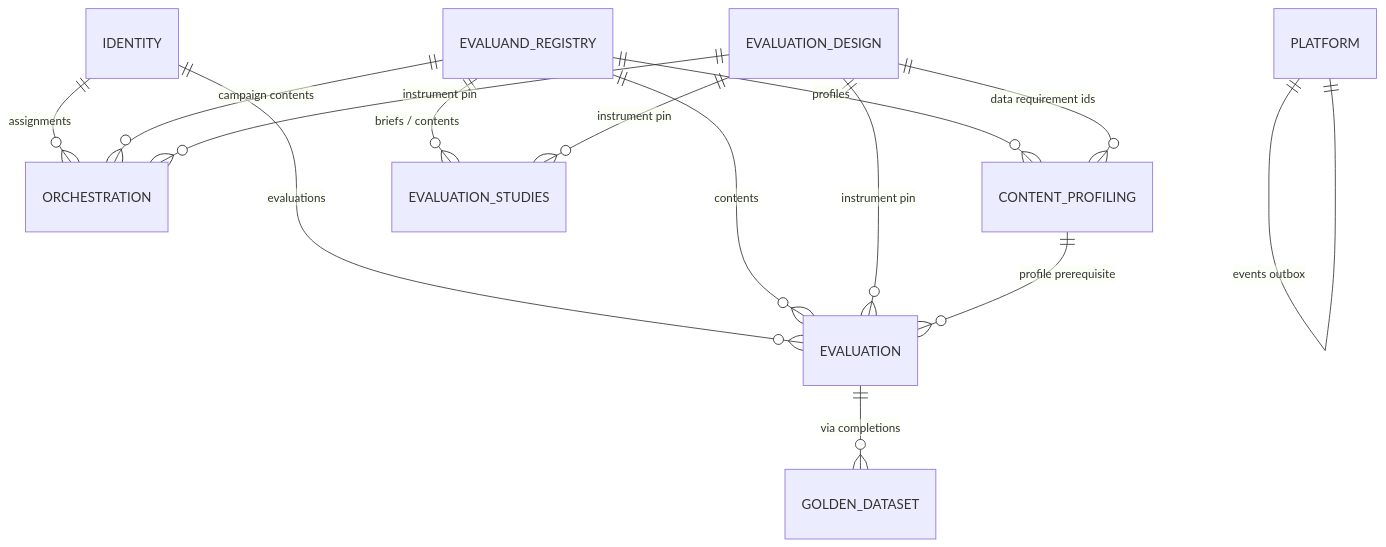
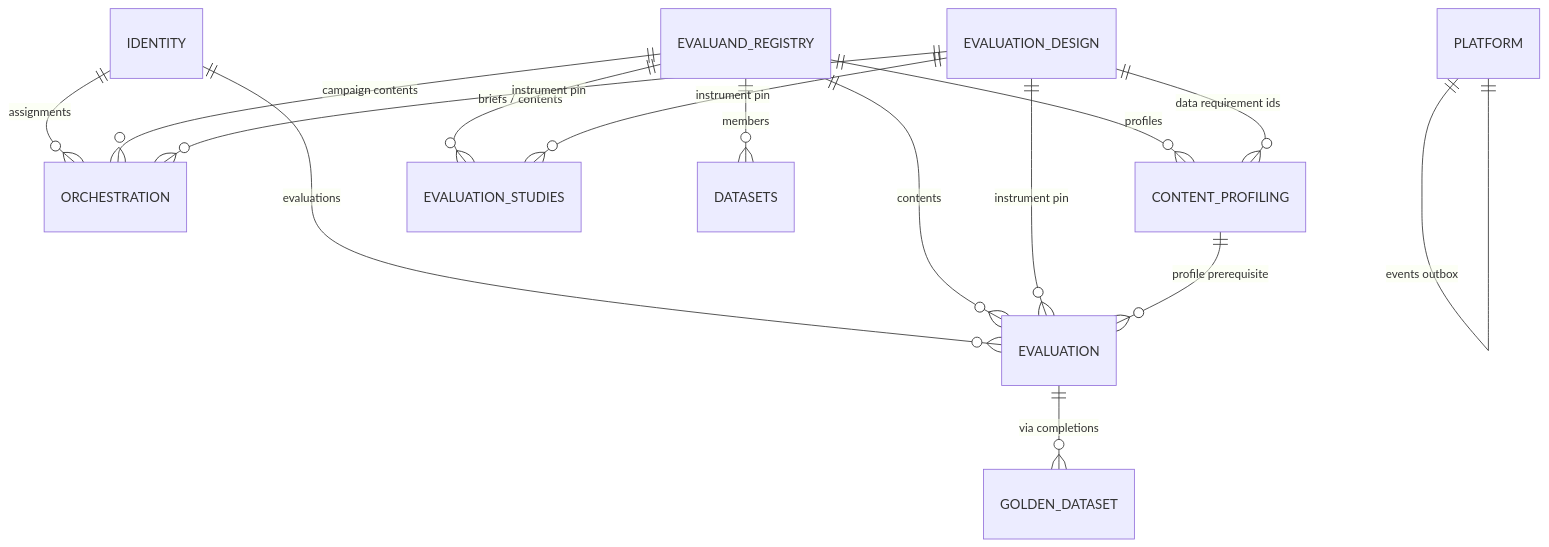
The first of 11 diagrams in docs/DATA_MODEL.md (learnpack/learnpack-evals-v2), drawn with Mermaid before and after one commit. The commit also changed other lines of this file and 18 other files, not shown here.

````diff
--- a/docs/DATA_MODEL.md
+++ b/docs/DATA_MODEL.md
@@ -15,16 +15,17 @@
 ```mermaid
 erDiagram
     IDENTITY ||--o{ ORCHESTRATION : "assignments"
     IDENTITY ||--o{ EVALUATION : "evaluations"
     EVALUAND_REGISTRY ||--o{ ORCHESTRATION : "campaign contents"
     EVALUAND_REGISTRY ||--o{ CONTENT_PROFILING : "profiles"
     EVALUAND_REGISTRY ||--o{ EVALUATION : "contents"
     EVALUAND_REGISTRY ||--o{ EVALUATION_STUDIES : "briefs / contents"
+    EVALUAND_REGISTRY ||--o{ DATASETS : "members"
     EVALUATION_DESIGN ||--o{ ORCHESTRATION : "instrument pin"
     EVALUATION_DESIGN ||--o{ EVALUATION : "instrument pin"
     EVALUATION_DESIGN ||--o{ CONTENT_PROFILING : "data requirement ids"
     EVALUATION_DESIGN ||--o{ EVALUATION_STUDIES : "instrument pin"
     CONTENT_PROFILING ||--o{ EVALUATION : "profile prerequisite"
     EVALUATION ||--o{ GOLDEN_DATASET : "via completions"
     PLATFORM ||--|| PLATFORM : "events outbox"
 ```
````
